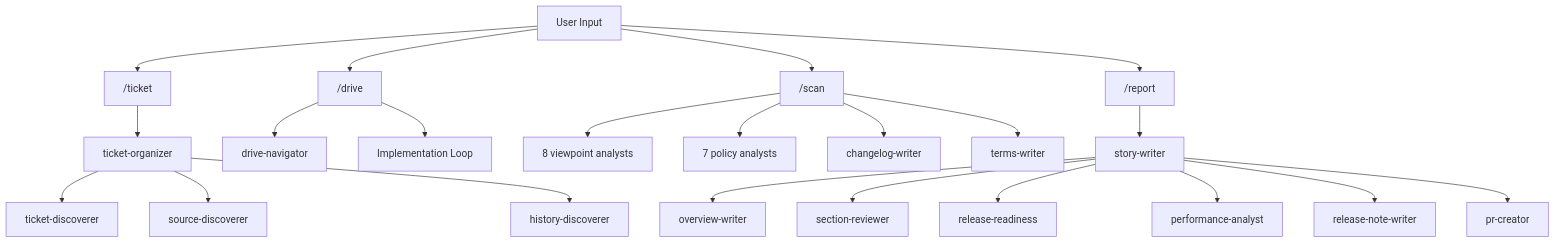
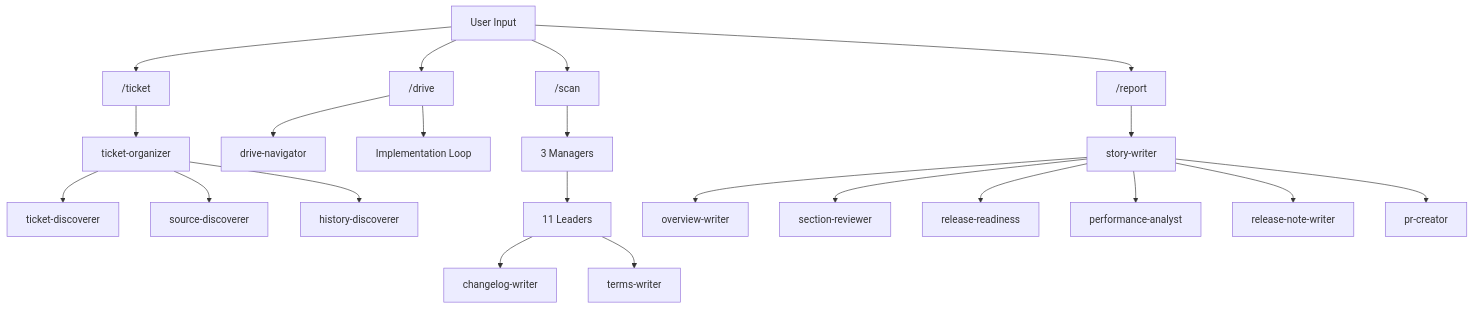
The first of 2 diagrams in .workaholic/specs/component_ja.md (qmu/workaholic), drawn with Mermaid before and after one commit. The commit also changed other lines of this file and 57 other files, not shown here.

````diff
--- a/.workaholic/specs/component_ja.md
+++ b/.workaholic/specs/component_ja.md
@@ -64,28 +68,28 @@
 ```mermaid
 flowchart TD
     User["User Input"] --> ticket["/ticket"]
     User --> drive["/drive"]
     User --> scan["/scan"]
     User --> report["/report"]
 
     ticket --> TO[ticket-organizer]
     TO --> TD[ticket-discoverer]
     TO --> SD[source-discoverer]
     TO --> HD[history-discoverer]
 
     drive --> DN[drive-navigator]
     drive --> Impl["Implementation Loop"]
 
-    scan --> VA[8 viewpoint analysts]
-    scan --> PA[7 policy analysts]
-    scan --> CW[changelog-writer]
-    scan --> TW[terms-writer]
+    scan --> Managers[3 Managers]
+    Managers --> Leaders[11 Leaders]
+    Leaders --> CW[changelog-writer]
+    Leaders --> TW[terms-writer]
 
     report --> SW[story-writer]
     SW --> OW[overview-writer]
     SW --> SR[section-reviewer]
     SW --> RA[release-readiness]
     SW --> PERF[performance-analyst]
     SW --> RNW[release-note-writer]
     SW --> PC[pr-creator]
 ```
````
